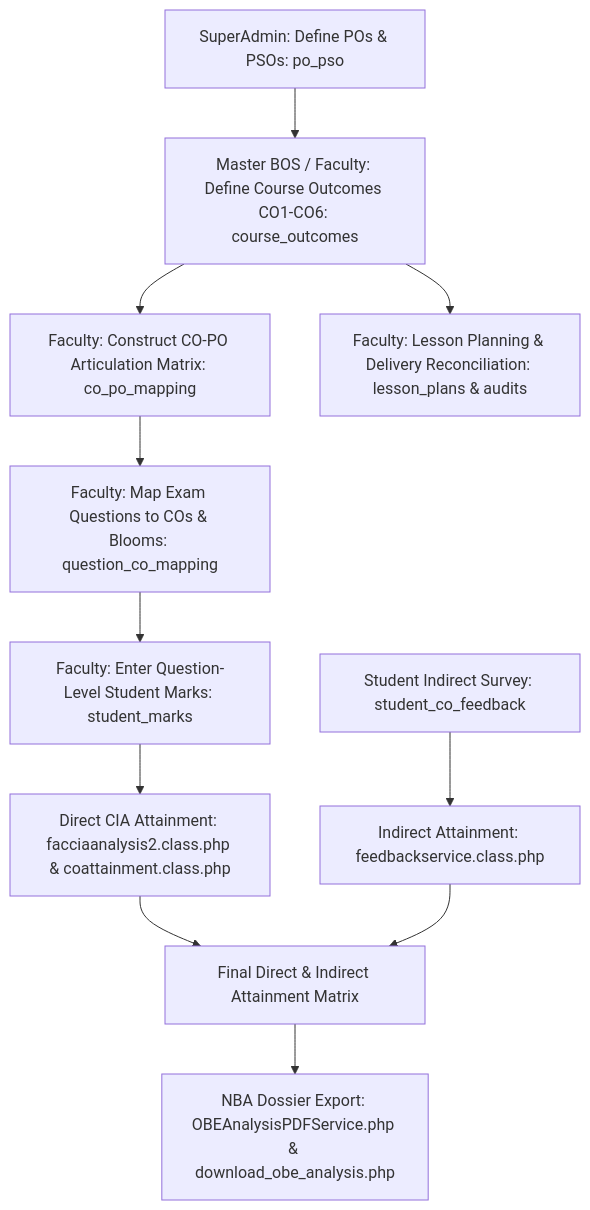
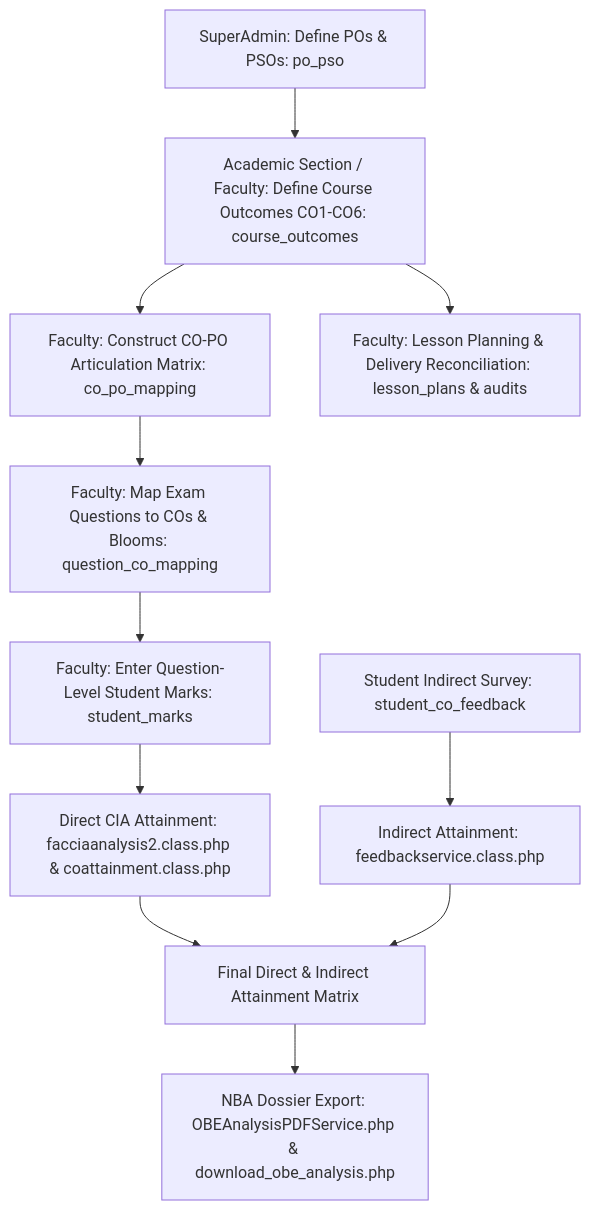
One commit to katamanilprojects/sarb_cea changed the diagram in docs/workflows/co-po-attainment.md. Above: the diagram before and after it, drawn with Mermaid. The commit also changed other lines of this file and 17 other files, not shown here.

````diff
--- a/docs/workflows/co-po-attainment.md
+++ b/docs/workflows/co-po-attainment.md
@@ -9,12 +9,12 @@
 ```mermaid
 graph TD
-    A[SuperAdmin: Define POs & PSOs: po_pso] --> B[Master BOS / Faculty: Define Course Outcomes CO1-CO6: course_outcomes]
+    A[SuperAdmin: Define POs & PSOs: po_pso] --> B[Academic Section / Faculty: Define Course Outcomes CO1-CO6: course_outcomes]
     B --> C[Faculty: Construct CO-PO Articulation Matrix: co_po_mapping]
     B --> LP[Faculty: Lesson Planning & Delivery Reconciliation: lesson_plans & audits]
     C --> D[Faculty: Map Exam Questions to COs & Blooms: question_co_mapping]
     D --> E[Faculty: Enter Question-Level Student Marks: student_marks]
     E --> F[Direct CIA Attainment: facciaanalysis2.class.php & coattainment.class.php]
     G[Student Indirect Survey: student_co_feedback] --> H[Indirect Attainment: feedbackservice.class.php]
     F & H --> I[Final Direct & Indirect Attainment Matrix]
     I --> J[NBA Dossier Export: OBEAnalysisPDFService.php & download_obe_analysis.php]
 ```
````
